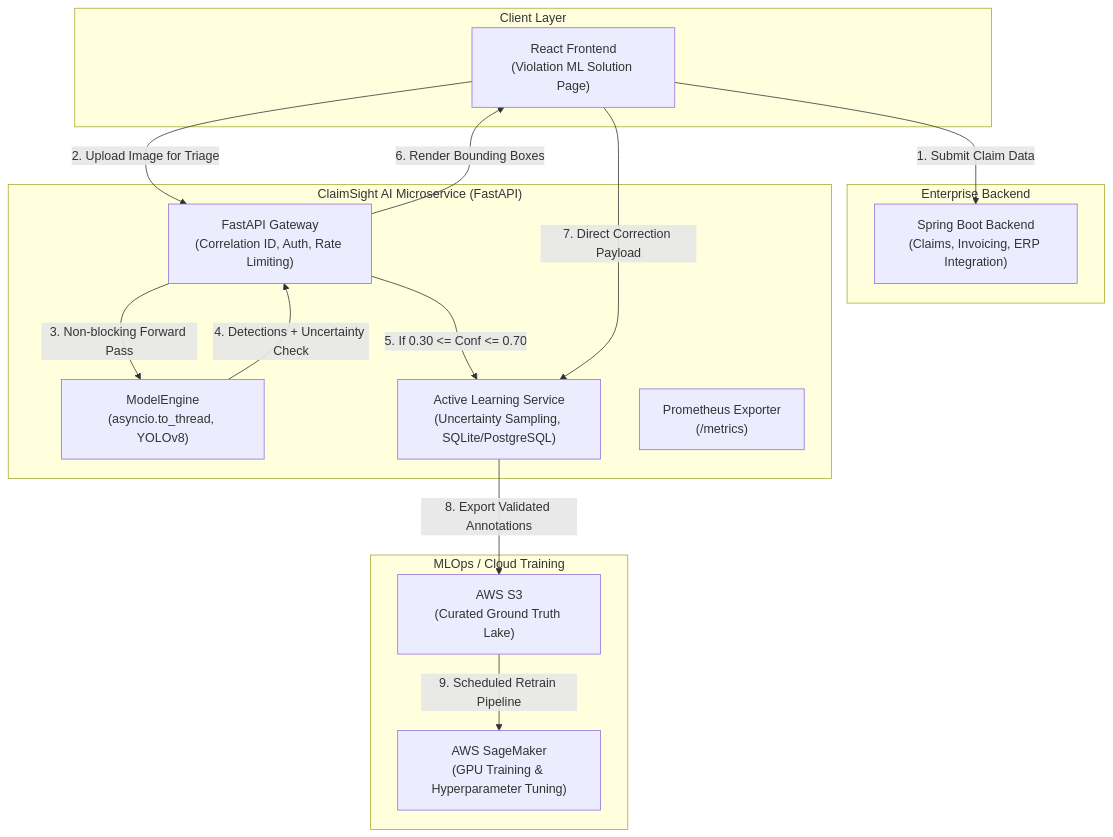
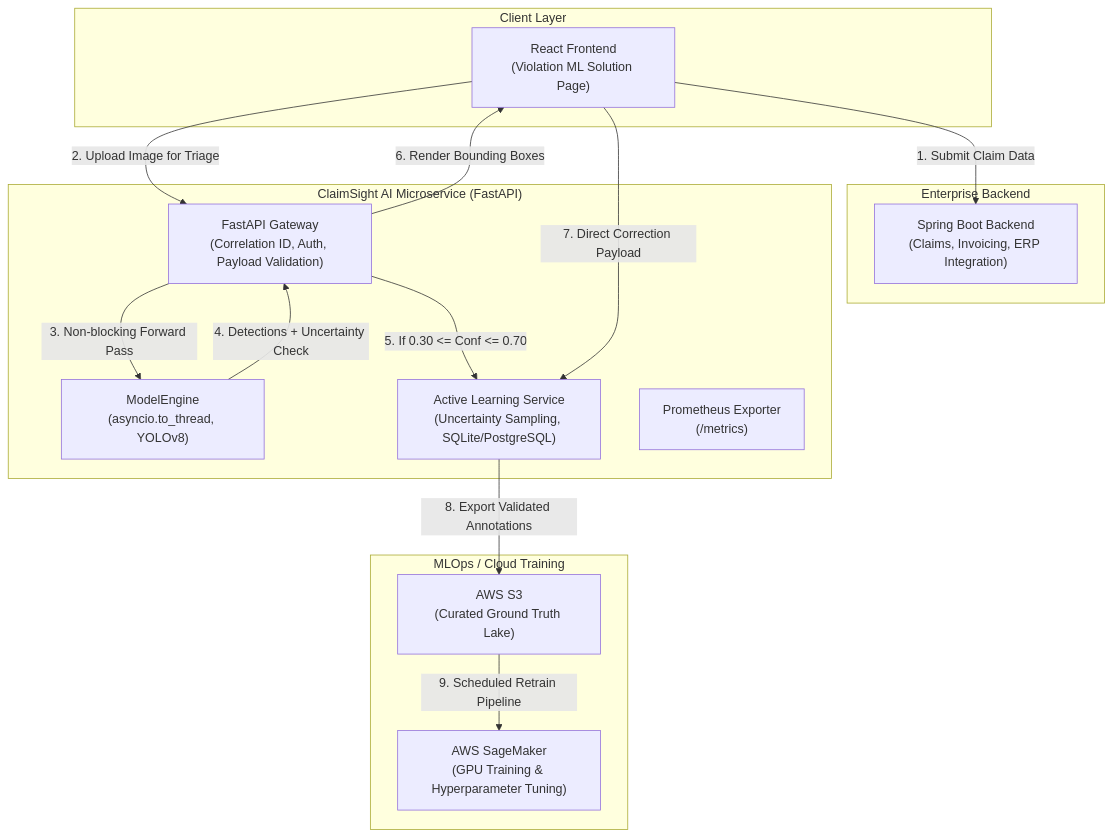
Before and after one commit to laroshan/yolo-production-pipeline: the diagram in README.md, drawn with Mermaid. The commit also changed 5 other files, not shown here.

````diff
--- a/README.md
+++ b/README.md
@@ -20,32 +20,32 @@
 ```mermaid
 flowchart TD
     subgraph Client ["Client Layer"]
         UI["React Frontend\n(Violation ML Solution Page)"]
     end
 
     subgraph CoreServices ["Enterprise Backend"]
         SpringBoot["Spring Boot Backend\n(Claims, Invoicing, ERP Integration)"]
     end
 
     subgraph VisionService ["ClaimSight AI Microservice (FastAPI)"]
-        API["FastAPI Gateway\n(Correlation ID, Auth, Rate Limiting)"]
+        API["FastAPI Gateway\n(Correlation ID, Auth, Payload Validation)"]
         Engine["ModelEngine\n(asyncio.to_thread, YOLOv8)"]
         ALQueue["Active Learning Service\n(Uncertainty Sampling, SQLite/PostgreSQL)"]
         Metrics["Prometheus Exporter\n(/metrics)"]
     end
 
     subgraph RetrainingFlywheel ["MLOps / Cloud Training"]
         S3["AWS S3\n(Curated Ground Truth Lake)"]
         SageMaker["AWS SageMaker\n(GPU Training & Hyperparameter Tuning)"]
     end
 
     UI -->|1. Submit Claim Data| SpringBoot
     UI -->|2. Upload Image for Triage| API
     API -->|3. Non-blocking Forward Pass| Engine
     Engine -->|4. Detections + Uncertainty Check| API
     API -->|5. If 0.30 <= Conf <= 0.70| ALQueue
     API -->|6. Render Bounding Boxes| UI
     UI -->|7. Direct Correction Payload| ALQueue
     ALQueue -->|8. Export Validated Annotations| S3
     S3 -->|9. Scheduled Retrain Pipeline| SageMaker
 ```
````
